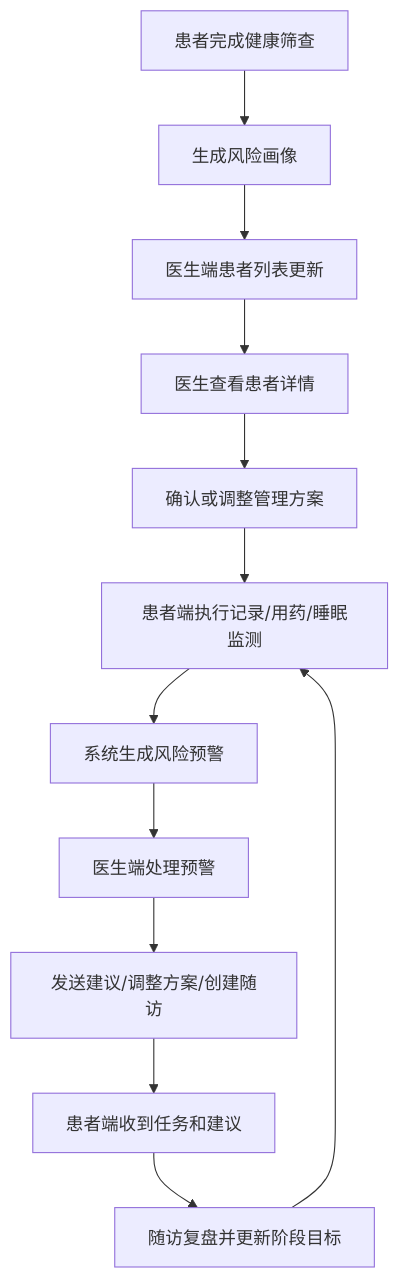
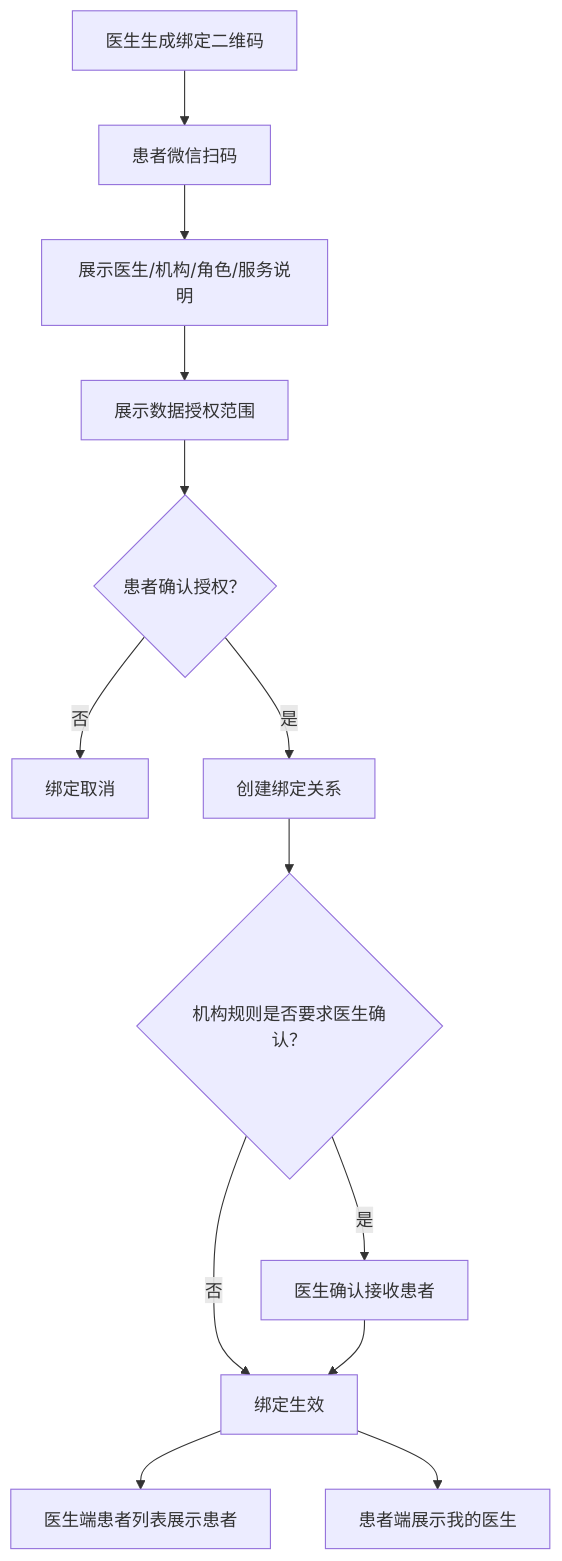
One commit to supersuperman666/twin changed the second of 2 diagrams in docs/医生PC端PRD.md. Above: the diagram before and after it, drawn with Mermaid. The commit also changed other lines of this file, not shown here.

````diff
--- a/docs/医生PC端PRD.md
+++ b/docs/医生PC端PRD.md
@@ -121,14 +89,15 @@
 ```mermaid
 flowchart TD
-  A["患者完成健康筛查"] --> B["生成风险画像"]
-  B --> C["医生端患者列表更新"]
-  C --> D["医生查看患者详情"]
-  D --> E["确认或调整管理方案"]
-  E --> F["患者端执行记录/用药/睡眠监测"]
-  F --> G["系统生成风险预警"]
-  G --> H["医生端处理预警"]
-  H --> I["发送建议/调整方案/创建随访"]
-  I --> J["患者端收到任务和建议"]
-  J --> K["随访复盘并更新阶段目标"]
-  K --> F
+  A["医生生成绑定二维码"] --> B["患者微信扫码"]
+  B --> C["展示医生/机构/角色/服务说明"]
+  C --> D["展示数据授权范围"]
+  D --> E{"患者确认授权？"}
+  E -->|否| F["绑定取消"]
+  E -->|是| G["创建绑定关系"]
+  G --> H{"机构规则是否要求医生确认？"}
+  H -->|是| I["医生确认接收患者"]
+  H -->|否| J["绑定生效"]
+  I --> J
+  J --> K["医生端患者列表展示患者"]
+  J --> L["患者端展示我的医生"]
 ```
````
